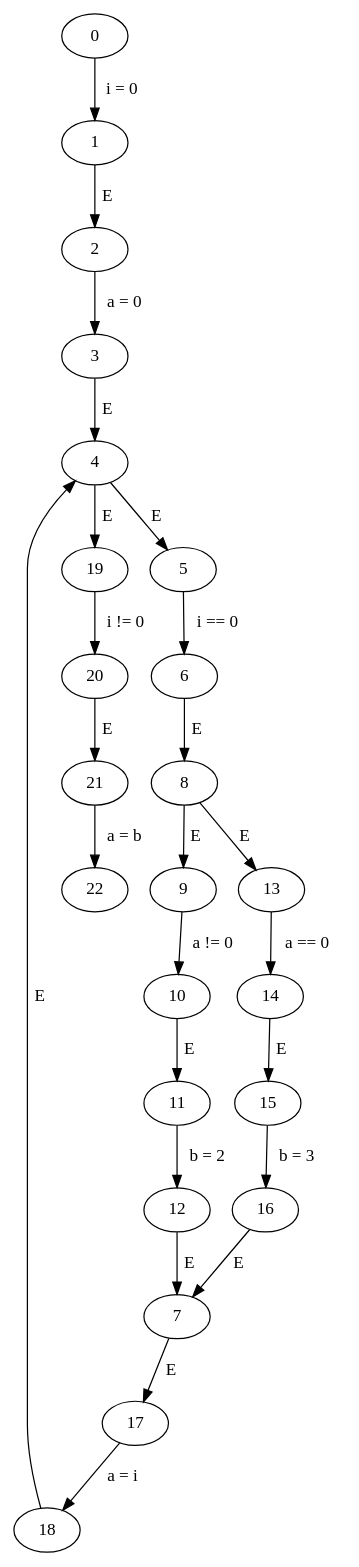
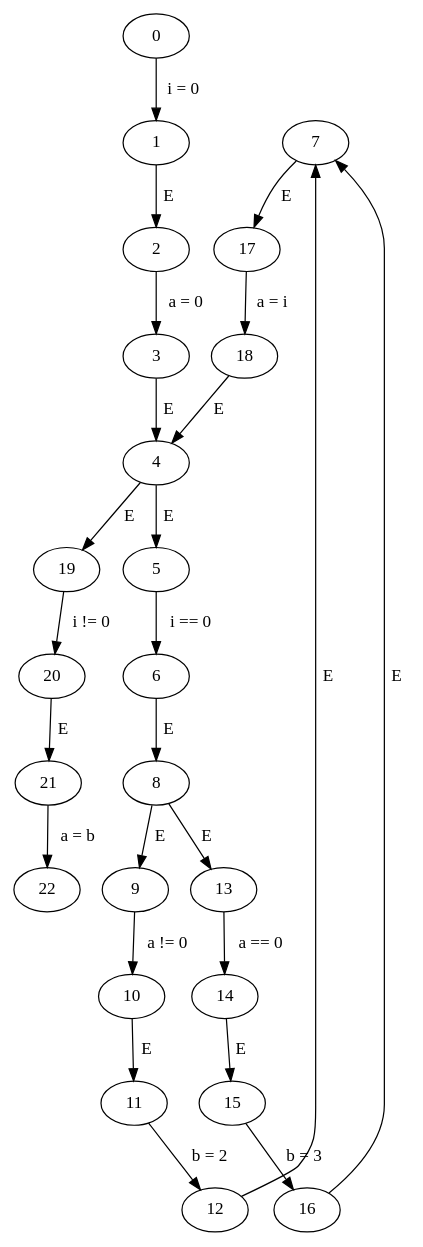
The diagram in code/norm_cfgs/while/while.gv (Harman309/project6), drawn with Graphviz before and after one commit. The commit also changed other lines of this file and 35 other files, not shown here.

```diff
--- a/code/norm_cfgs/while/while.gv
+++ b/code/norm_cfgs/while/while.gv
@@ -1,27 +1,27 @@
 // while
 digraph {
+	7 -> 17 [label=" E "]
+	1 -> 2 [label=" E "]
+	14 -> 15 [label=" E "]
+	4 -> 19 [label=" E "]
 	2 -> 3 [label=" a = 0 "]
+	5 -> 6 [label=" i == 0 "]
+	17 -> 18 [label=" a = i "]
+	3 -> 4 [label=" E "]
+	10 -> 11 [label=" E "]
+	9 -> 10 [label=" a != 0 "]
+	8 -> 13 [label=" E "]
+	6 -> 8 [label=" E "]
+	0 -> 1 [label=" i = 0 "]
+	4 -> 5 [label=" E "]
+	18 -> 4 [label=" E "]
+	19 -> 20 [label=" i != 0 "]
+	15 -> 16 [label=" b = 3 "]
+	11 -> 12 [label=" b = 2 "]
+	12 -> 7 [label=" E "]
 	16 -> 7 [label=" E "]
-	17 -> 18 [label=" a = i "]
+	13 -> 14 [label=" a == 0 "]
+	21 -> 22 [label=" a = b "]
 	8 -> 9 [label=" E "]
-	10 -> 11 [label=" E "]
-	1 -> 2 [label=" E "]
-	4 -> 19 [label=" E "]
-	4 -> 5 [label=" E "]
-	0 -> 1 [label=" i = 0 "]
-	15 -> 16 [label=" b = 3 "]
-	7 -> 17 [label=" E "]
-	8 -> 13 [label=" E "]
-	5 -> 6 [label=" i == 0 "]
-	12 -> 7 [label=" E "]
-	13 -> 14 [label=" a == 0 "]
-	6 -> 8 [label=" E "]
-	19 -> 20 [label=" i != 0 "]
-	21 -> 22 [label=" a = b "]
-	9 -> 10 [label=" a != 0 "]
 	20 -> 21 [label=" E "]
-	18 -> 4 [label=" E "]
-	11 -> 12 [label=" b = 2 "]
-	14 -> 15 [label=" E "]
-	3 -> 4 [label=" E "]
 }
```
